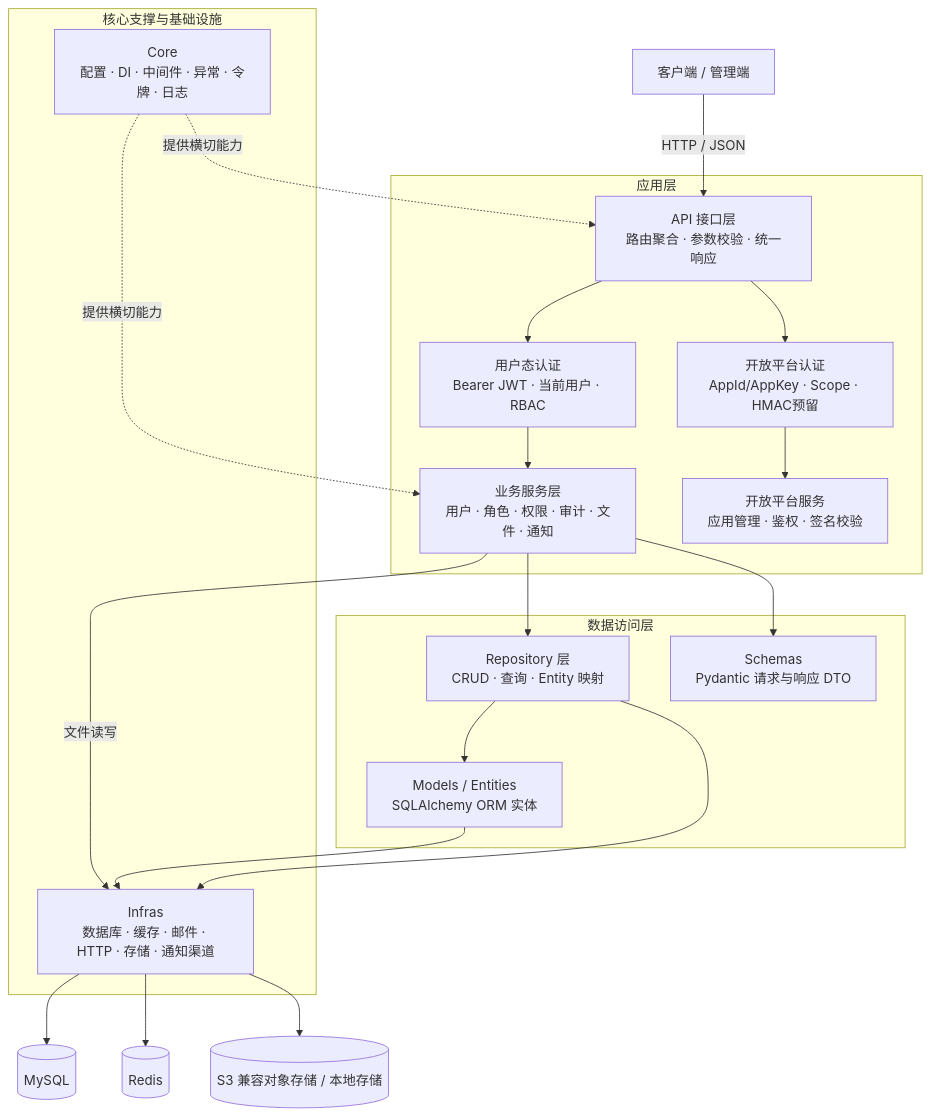
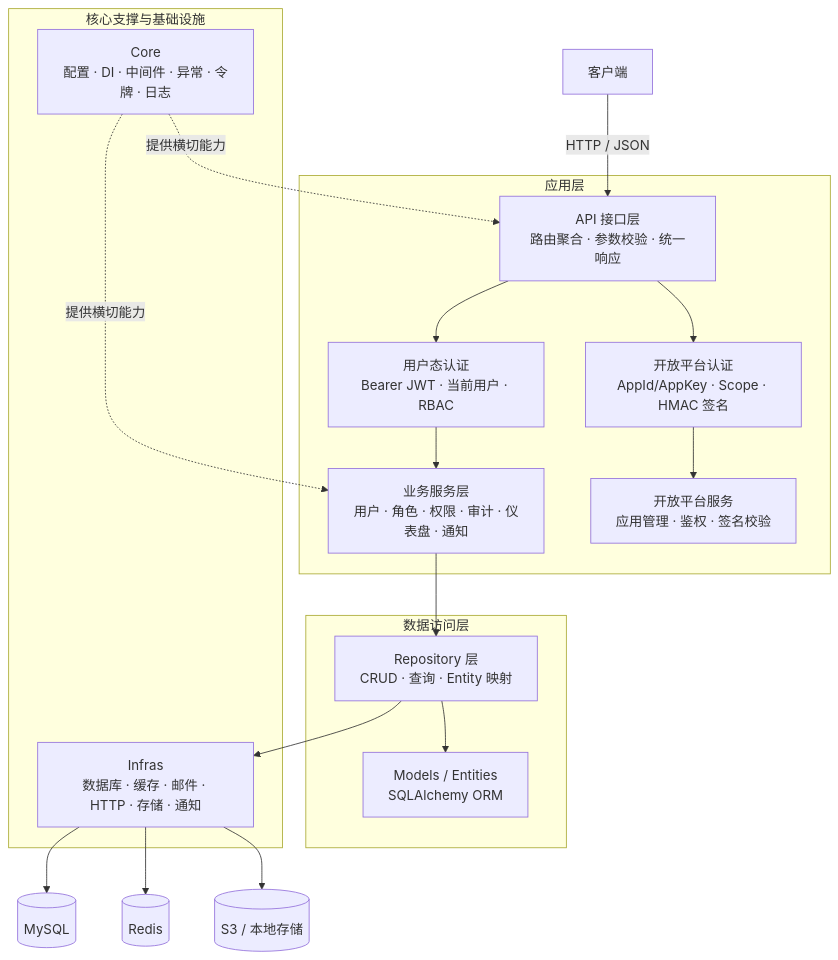
Before and after one commit to cross-lang/x-HanJiang: the first of 3 diagrams in server/README.md, drawn with Mermaid. The commit also changed other lines of this file and 4 other files, not shown here.

````diff
--- a/server/README.md
+++ b/server/README.md
@@ -268,31 +241,28 @@
 ```mermaid
 flowchart TB
-  Client[客户端 / 管理端] -->|HTTP / JSON| API[API 接口层<br/>路由聚合 · 参数校验 · 统一响应]
+  Client[客户端] -->|HTTP / JSON| API[API 接口层<br/>路由聚合 · 参数校验 · 统一响应]
 
   subgraph Application[应用层]
     API --> Auth[用户态认证<br/>Bearer JWT · 当前用户 · RBAC]
-    API --> OpenAuth[开放平台认证<br/>AppId/AppKey · Scope · HMAC预留]
-    Auth --> Service[业务服务层<br/>用户 · 角色 · 权限 · 审计 · 文件 · 通知]
+    API --> OpenAuth[开放平台认证<br/>AppId/AppKey · Scope · HMAC 签名]
+    Auth --> Service[业务服务层<br/>用户 · 角色 · 权限 · 审计 · 仪表盘 · 通知]
     OpenAuth --> OpenService[开放平台服务<br/>应用管理 · 鉴权 · 签名校验]
   end
 
   subgraph Data[数据访问层]
     Service --> Repository[Repository 层<br/>CRUD · 查询 · Entity 映射]
-    Repository --> Entity[Models / Entities<br/>SQLAlchemy ORM 实体]
-    Service --> Schema[Schemas<br/>Pydantic 请求与响应 DTO]
+    Repository --> Entity[Models / Entities<br/>SQLAlchemy ORM]
   end
 
   subgraph Support[核心支撑与基础设施]
     Core[Core<br/>配置 · DI · 中间件 · 异常 · 令牌 · 日志]
-    Infra[Infras<br/>数据库 · 缓存 · 邮件 · HTTP · 存储 · 通知渠道]
+    Infra[Infras<br/>数据库 · 缓存 · 邮件 · HTTP · 存储 · 通知]
   end
 
   Core -.提供横切能力.-> API
   Core -.提供横切能力.-> Service
   Repository --> Infra
-  Entity --> Infra
-  Service -->|文件读写| Infra
   Infra --> DB[(MySQL)]
   Infra --> Redis[(Redis)]
-  Infra --> OSS[(S3 兼容对象存储 / 本地存储)]
+  Infra --> OSS[(S3 / 本地存储)]
 ```
````
